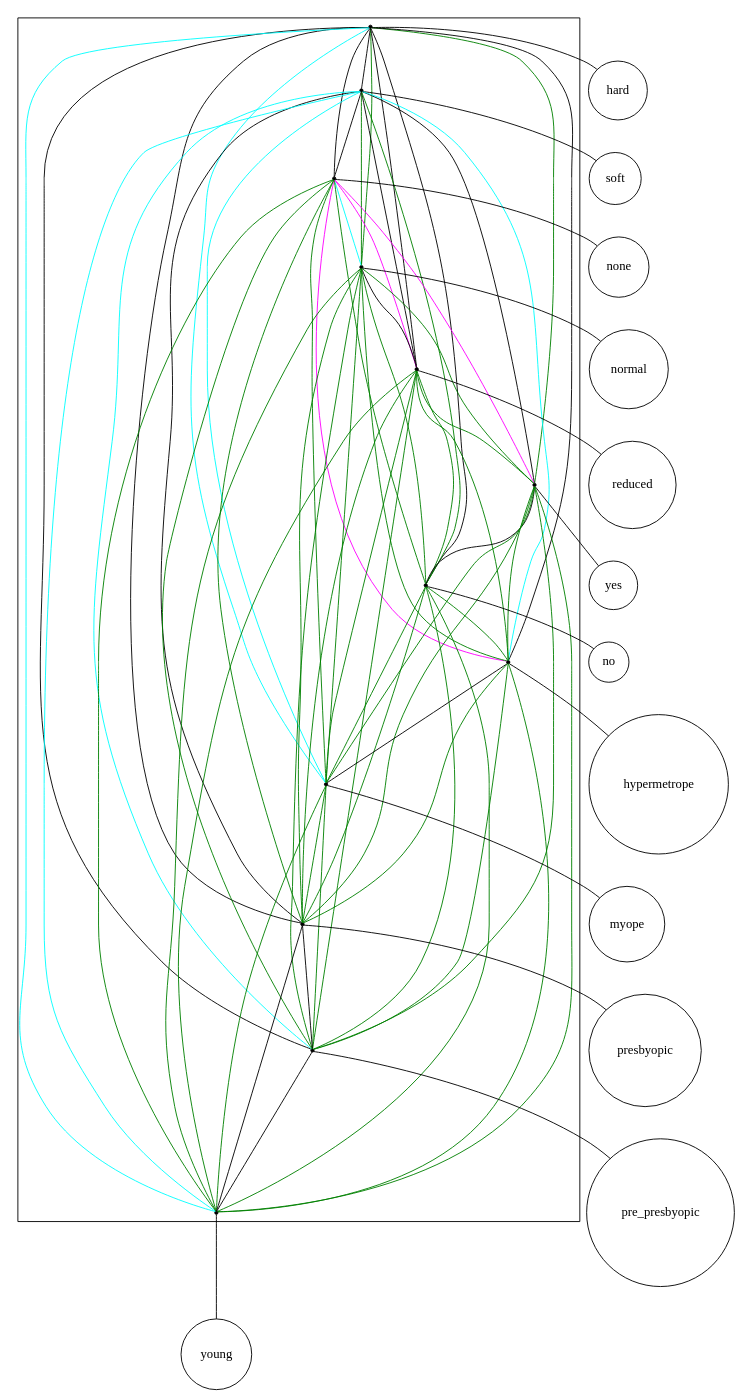
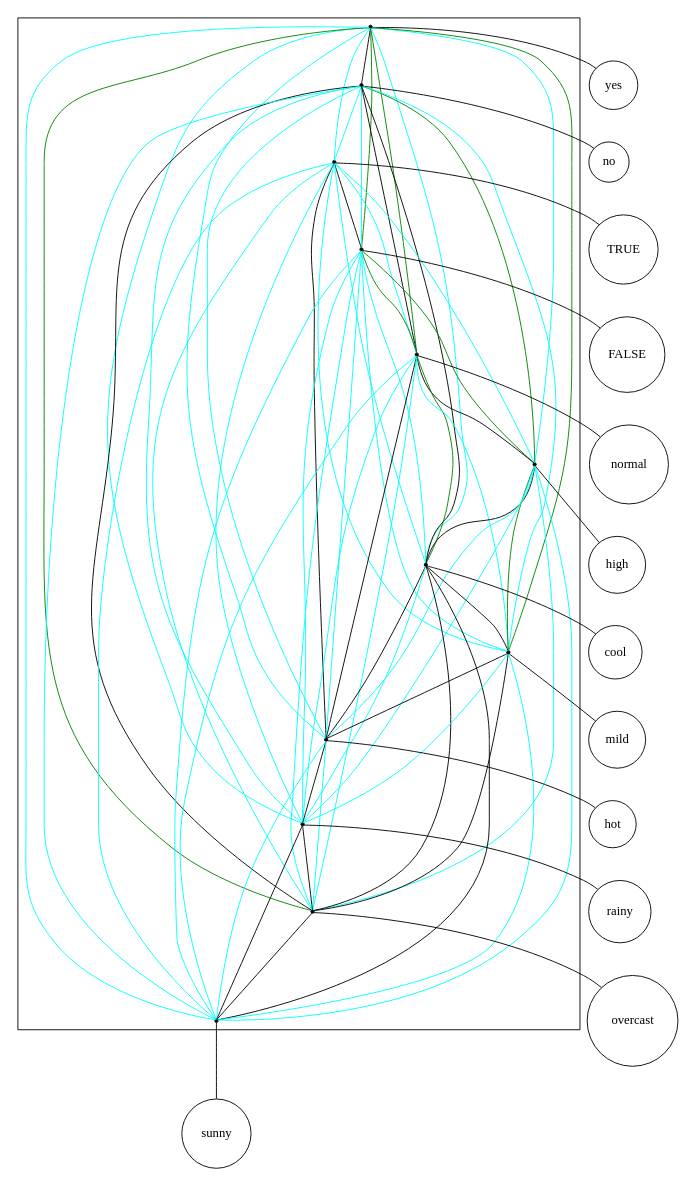
Before and after one commit to lrodrin/TFG: the diagram in src/final/exponential_2-structure.dot, drawn with Graphviz. The commit also changed 11 other files, not shown here.

```diff
--- a/src/final/exponential_2-structure.dot
+++ b/src/final/exponential_2-structure.dot
@@ -1,101 +1,101 @@
 strict digraph "exponential_2-structure" {
 compound=true;
 fontname=Verdana;
 fontsize=12;
 newrank=true;
 node [shape=circle];
-hard;
-soft;
-none;
-normal;
-reduced;
 yes;
 no;
-hypermetrope;
-myope;
-presbyopic;
-pre_presbyopic;
-young;
-subgraph cluster_reducednonesoftmyopepresbyopicnonormalyoungpre_presbyopichardyeshypermetrope {
+TRUE;
+FALSE;
+normal;
+high;
+cool;
+mild;
+hot;
+rainy;
+overcast;
+sunny;
+subgraph cluster_coolsunnymildnonormalyesovercasthothighTRUErainyFALSE {
 node [shape=point];
-s_hard -> s_soft  [color=black, arrowhead=none];
-s_hard -> s_none  [color=black, arrowhead=none];
-s_hard -> s_normal  [color=green, arrowhead=none];
-s_hard -> s_reduced  [color=black, arrowhead=none];
-s_hard -> s_yes  [color=green, arrowhead=none];
-s_hard -> s_no  [color=black, arrowhead=none];
-s_hard -> s_hypermetrope  [color=black, arrowhead=none];
-s_hard -> s_myope  [color=cyan, arrowhead=none];
-s_hard -> s_presbyopic  [color=black, arrowhead=none];
-s_hard -> s_pre_presbyopic  [color=black, arrowhead=none];
-s_hard -> s_young  [color=cyan, arrowhead=none];
-s_soft -> s_none  [color=black, arrowhead=none];
-s_soft -> s_normal  [color=green, arrowhead=none];
-s_soft -> s_reduced  [color=black, arrowhead=none];
-s_soft -> s_yes  [color=black, arrowhead=none];
-s_soft -> s_no  [color=green, arrowhead=none];
-s_soft -> s_hypermetrope  [color=cyan, arrowhead=none];
-s_soft -> s_myope  [color=cyan, arrowhead=none];
-s_soft -> s_presbyopic  [color=black, arrowhead=none];
-s_soft -> s_pre_presbyopic  [color=cyan, arrowhead=none];
-s_soft -> s_young  [color=cyan, arrowhead=none];
-s_none -> s_normal  [color=cyan, arrowhead=none];
-s_none -> s_reduced  [color=magenta, arrowhead=none];
-s_none -> s_yes  [color=magenta, arrowhead=none];
-s_none -> s_no  [color=green, arrowhead=none];
-s_none -> s_hypermetrope  [color=magenta, arrowhead=none];
-s_none -> s_myope  [color=green, arrowhead=none];
-s_none -> s_presbyopic  [color=green, arrowhead=none];
-s_none -> s_pre_presbyopic  [color=green, arrowhead=none];
-s_none -> s_young  [color=green, arrowhead=none];
-s_normal -> s_reduced  [color=black, arrowhead=none];
-s_normal -> s_yes  [color=green, arrowhead=none];
-s_normal -> s_no  [color=green, arrowhead=none];
-s_normal -> s_hypermetrope  [color=green, arrowhead=none];
-s_normal -> s_myope  [color=green, arrowhead=none];
-s_normal -> s_presbyopic  [color=green, arrowhead=none];
-s_normal -> s_pre_presbyopic  [color=green, arrowhead=none];
-s_normal -> s_young  [color=green, arrowhead=none];
-s_reduced -> s_yes  [color=green, arrowhead=none];
-s_reduced -> s_no  [color=green, arrowhead=none];
-s_reduced -> s_hypermetrope  [color=green, arrowhead=none];
-s_reduced -> s_myope  [color=green, arrowhead=none];
-s_reduced -> s_presbyopic  [color=green, arrowhead=none];
-s_reduced -> s_pre_presbyopic  [color=green, arrowhead=none];
-s_reduced -> s_young  [color=green, arrowhead=none];
 s_yes -> s_no  [color=black, arrowhead=none];
-s_yes -> s_hypermetrope  [color=green, arrowhead=none];
-s_yes -> s_myope  [color=green, arrowhead=none];
-s_yes -> s_presbyopic  [color=green, arrowhead=none];
-s_yes -> s_pre_presbyopic  [color=green, arrowhead=none];
-s_yes -> s_young  [color=green, arrowhead=none];
-s_no -> s_hypermetrope  [color=green, arrowhead=none];
-s_no -> s_myope  [color=green, arrowhead=none];
-s_no -> s_presbyopic  [color=green, arrowhead=none];
-s_no -> s_pre_presbyopic  [color=green, arrowhead=none];
-s_no -> s_young  [color=green, arrowhead=none];
-s_hypermetrope -> s_myope  [color=black, arrowhead=none];
-s_hypermetrope -> s_presbyopic  [color=green, arrowhead=none];
-s_hypermetrope -> s_pre_presbyopic  [color=green, arrowhead=none];
-s_hypermetrope -> s_young  [color=green, arrowhead=none];
-s_myope -> s_presbyopic  [color=green, arrowhead=none];
-s_myope -> s_pre_presbyopic  [color=green, arrowhead=none];
-s_myope -> s_young  [color=green, arrowhead=none];
-s_presbyopic -> s_pre_presbyopic  [color=black, arrowhead=none];
-s_presbyopic -> s_young  [color=black, arrowhead=none];
-s_pre_presbyopic -> s_young  [color=black, arrowhead=none];
+s_yes -> s_TRUE  [color=cyan, arrowhead=none];
+s_yes -> s_FALSE  [color=green, arrowhead=none];
+s_yes -> s_normal  [color=green, arrowhead=none];
+s_yes -> s_high  [color=cyan, arrowhead=none];
+s_yes -> s_cool  [color=cyan, arrowhead=none];
+s_yes -> s_mild  [color=green, arrowhead=none];
+s_yes -> s_hot  [color=cyan, arrowhead=none];
+s_yes -> s_rainy  [color=cyan, arrowhead=none];
+s_yes -> s_overcast  [color=green, arrowhead=none];
+s_yes -> s_sunny  [color=cyan, arrowhead=none];
+s_no -> s_TRUE  [color=cyan, arrowhead=none];
+s_no -> s_FALSE  [color=cyan, arrowhead=none];
+s_no -> s_normal  [color=black, arrowhead=none];
+s_no -> s_high  [color=green, arrowhead=none];
+s_no -> s_cool  [color=black, arrowhead=none];
+s_no -> s_mild  [color=cyan, arrowhead=none];
+s_no -> s_hot  [color=cyan, arrowhead=none];
+s_no -> s_rainy  [color=cyan, arrowhead=none];
+s_no -> s_overcast  [color=black, arrowhead=none];
+s_no -> s_sunny  [color=cyan, arrowhead=none];
+s_TRUE -> s_FALSE  [color=black, arrowhead=none];
+s_TRUE -> s_normal  [color=cyan, arrowhead=none];
+s_TRUE -> s_high  [color=cyan, arrowhead=none];
+s_TRUE -> s_cool  [color=cyan, arrowhead=none];
+s_TRUE -> s_mild  [color=cyan, arrowhead=none];
+s_TRUE -> s_hot  [color=black, arrowhead=none];
+s_TRUE -> s_rainy  [color=cyan, arrowhead=none];
+s_TRUE -> s_overcast  [color=cyan, arrowhead=none];
+s_TRUE -> s_sunny  [color=cyan, arrowhead=none];
+s_FALSE -> s_normal  [color=green, arrowhead=none];
+s_FALSE -> s_high  [color=green, arrowhead=none];
+s_FALSE -> s_cool  [color=cyan, arrowhead=none];
+s_FALSE -> s_mild  [color=cyan, arrowhead=none];
+s_FALSE -> s_hot  [color=cyan, arrowhead=none];
+s_FALSE -> s_rainy  [color=cyan, arrowhead=none];
+s_FALSE -> s_overcast  [color=cyan, arrowhead=none];
+s_FALSE -> s_sunny  [color=cyan, arrowhead=none];
+s_normal -> s_high  [color=black, arrowhead=none];
+s_normal -> s_cool  [color=green, arrowhead=none];
+s_normal -> s_mild  [color=cyan, arrowhead=none];
+s_normal -> s_hot  [color=black, arrowhead=none];
+s_normal -> s_rainy  [color=cyan, arrowhead=none];
+s_normal -> s_overcast  [color=cyan, arrowhead=none];
+s_normal -> s_sunny  [color=cyan, arrowhead=none];
+s_high -> s_cool  [color=black, arrowhead=none];
+s_high -> s_mild  [color=green, arrowhead=none];
+s_high -> s_hot  [color=cyan, arrowhead=none];
+s_high -> s_rainy  [color=cyan, arrowhead=none];
+s_high -> s_overcast  [color=cyan, arrowhead=none];
+s_high -> s_sunny  [color=cyan, arrowhead=none];
+s_cool -> s_mild  [color=black, arrowhead=none];
+s_cool -> s_hot  [color=black, arrowhead=none];
+s_cool -> s_rainy  [color=cyan, arrowhead=none];
+s_cool -> s_overcast  [color=black, arrowhead=none];
+s_cool -> s_sunny  [color=black, arrowhead=none];
+s_mild -> s_hot  [color=black, arrowhead=none];
+s_mild -> s_rainy  [color=cyan, arrowhead=none];
+s_mild -> s_overcast  [color=black, arrowhead=none];
+s_mild -> s_sunny  [color=cyan, arrowhead=none];
+s_hot -> s_rainy  [color=black, arrowhead=none];
+s_hot -> s_overcast  [color=cyan, arrowhead=none];
+s_hot -> s_sunny  [color=cyan, arrowhead=none];
+s_rainy -> s_overcast  [color=black, arrowhead=none];
+s_rainy -> s_sunny  [color=black, arrowhead=none];
+s_overcast -> s_sunny  [color=black, arrowhead=none];
 }
 
-s_hard -> hard  [arrowhead=none];
-s_soft -> soft  [arrowhead=none];
-s_none -> none  [arrowhead=none];
-s_normal -> normal  [arrowhead=none];
-s_reduced -> reduced  [arrowhead=none];
 s_yes -> yes  [arrowhead=none];
 s_no -> no  [arrowhead=none];
-s_hypermetrope -> hypermetrope  [arrowhead=none];
-s_myope -> myope  [arrowhead=none];
-s_presbyopic -> presbyopic  [arrowhead=none];
-s_pre_presbyopic -> pre_presbyopic  [arrowhead=none];
-s_young -> young  [arrowhead=none];
+s_TRUE -> TRUE  [arrowhead=none];
+s_FALSE -> FALSE  [arrowhead=none];
+s_normal -> normal  [arrowhead=none];
+s_high -> high  [arrowhead=none];
+s_cool -> cool  [arrowhead=none];
+s_mild -> mild  [arrowhead=none];
+s_hot -> hot  [arrowhead=none];
+s_rainy -> rainy  [arrowhead=none];
+s_overcast -> overcast  [arrowhead=none];
+s_sunny -> sunny  [arrowhead=none];
 }
```
